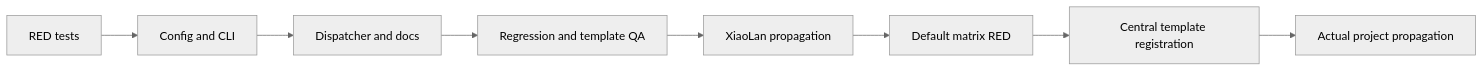
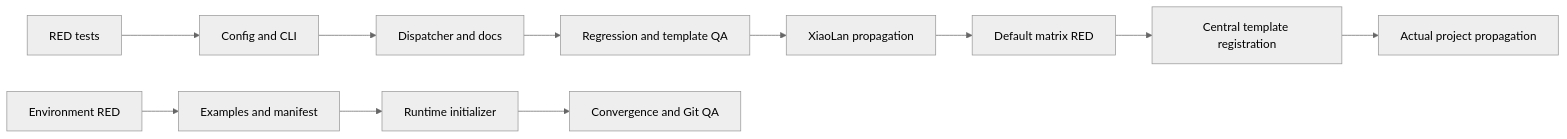
One commit to hollisyao2024/PromptsEngineering changed the diagram in docs/TASK.md. Above: the diagram before and after it, drawn with Mermaid (neutral theme). The commit also changed other lines of this file and 23 other files, not shown here.

````diff
--- a/docs/TASK.md
+++ b/docs/TASK.md
@@ -29,10 +31,13 @@
 ```mermaid
 flowchart LR
   T1[RED tests] --> T2[Config and CLI]
   T2 --> T3[Dispatcher and docs]
   T3 --> T4[Regression and template QA]
   T4 --> T5[XiaoLan propagation]
   T5 --> T6[Default matrix RED]
   T6 --> T7[Central template registration]
   T7 --> T8[Actual project propagation]
+  E1[Environment RED] --> E2[Examples and manifest]
+  E2 --> E3[Runtime initializer]
+  E3 --> E4[Convergence and Git QA]
 ```
````
